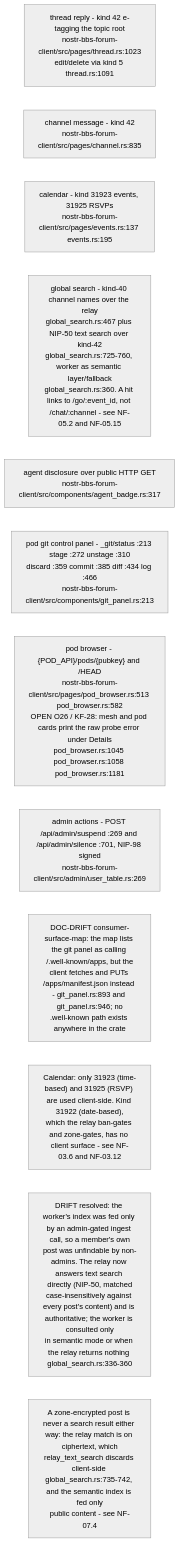
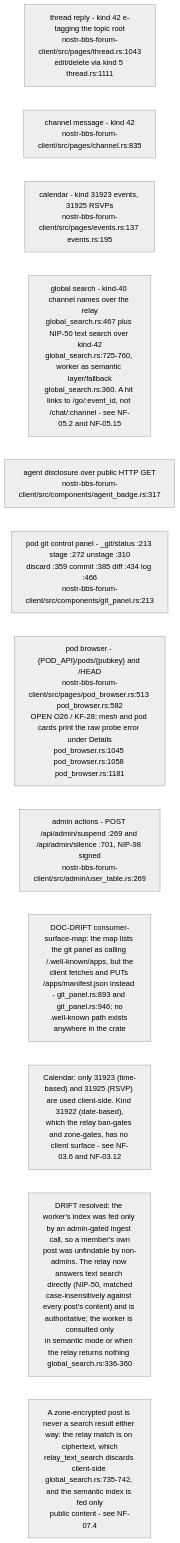
Before and after one commit to DreamLab-AI/VisionFlow: the tenth of 20 diagrams in docs/diagrams/nostr-rust-forum/05-leptos-clients-onboarding-messaging-governance.md, drawn with Mermaid (neutral theme). The commit also changed other lines of this file and 1 other file, not shown here.

First line of the commit message:
WIP diagrams/kit-fold: re-stamp NF-05 and NF-10 to fd31193, close O21, fold kit register items

````diff
--- a/docs/diagrams/nostr-rust-forum/05-leptos-clients-onboarding-messaging-governance.md
+++ b/docs/diagrams/nostr-rust-forum/05-leptos-clients-onboarding-messaging-governance.md
@@ -363,16 +369,16 @@
 ```mermaid
 flowchart LR
-    THREAD["thread reply - kind 42 e-tagging the topic root<br/>nostr-bbs-forum-client/src/pages/thread.rs:1023<br/>edit/delete via kind 5 thread.rs:1091"]
+    THREAD["thread reply - kind 42 e-tagging the topic root<br/>nostr-bbs-forum-client/src/pages/thread.rs:1043<br/>edit/delete via kind 5 thread.rs:1111"]
     CHAN["channel message - kind 42<br/>nostr-bbs-forum-client/src/pages/channel.rs:835"]
     EVENTS["calendar - kind 31923 events, 31925 RSVPs<br/>nostr-bbs-forum-client/src/pages/events.rs:137 events.rs:195"]
     SEARCH["global search - kind-40 channel names over the relay<br/>global_search.rs:467 plus NIP-50 text search over kind-42<br/>global_search.rs:725-760, worker as semantic layer/fallback<br/>global_search.rs:360. A hit links to /go/:event_id, not /chat/:channel - see NF-05.2 and NF-05.15"]
     BADGE["agent disclosure over public HTTP GET<br/>nostr-bbs-forum-client/src/components/agent_badge.rs:317"]
     GIT["pod git control panel - _git/status :213 stage :272 unstage :310<br/>discard :359 commit :385 diff :434 log :466<br/>nostr-bbs-forum-client/src/components/git_panel.rs:213"]
     POD["pod browser - {POD_API}/pods/{pubkey} and /HEAD<br/>nostr-bbs-forum-client/src/pages/pod_browser.rs:513 pod_browser.rs:582<br/>OPEN O26 / KF-28: mesh and pod cards print the raw probe error under Details<br/>pod_browser.rs:1045 pod_browser.rs:1058 pod_browser.rs:1181"]
     ADMINT["admin actions - POST /api/admin/suspend :269 and /api/admin/silence :701, NIP-98 signed<br/>nostr-bbs-forum-client/src/admin/user_table.rs:269"]
 
     N1["DOC-DRIFT consumer-surface-map: the map lists the git panel as calling /.well-known/apps, but the<br/>client fetches and PUTs /apps/manifest.json instead - git_panel.rs:893 and git_panel.rs:946; no<br/>.well-known path exists anywhere in the crate"]
     N2["Calendar: only 31923 (time-based) and 31925 (RSVP) are used client-side. Kind 31922 (date-based),<br/>which the relay ban-gates and zone-gates, has no client surface - see NF-03.6 and NF-03.12"]
     N3["DRIFT resolved: the worker's index was fed only by an admin-gated ingest call, so a member's own<br/>post was unfindable by non-admins. The relay now answers text search directly (NIP-50, matched<br/>case-insensitively against every post's content) and is authoritative; the worker is consulted only<br/>in semantic mode or when the relay returns nothing global_search.rs:336-360"]
     N4["A zone-encrypted post is never a search result either way: the relay match is on ciphertext, which<br/>relay_text_search discards client-side global_search.rs:735-742, and the semantic index is fed only<br/>public content - see NF-07.4"]
 ```
````
